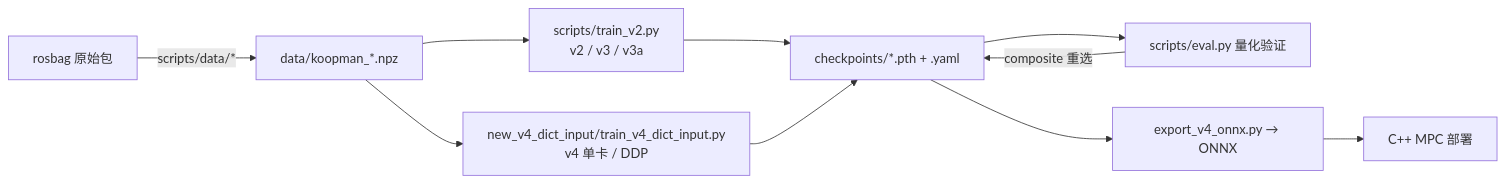
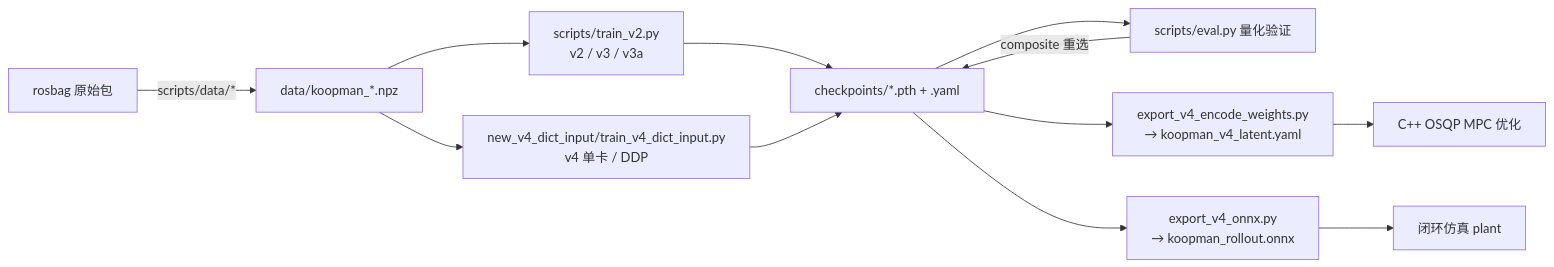
One commit to jimaka/koopman_control changed the first of 2 diagrams in docs/训练流程指南.md. Above: the diagram before and after it, drawn with Mermaid. The commit also changed other lines of this file and 1 other file, not shown here.

````diff
--- a/docs/训练流程指南.md
+++ b/docs/训练流程指南.md
@@ -9,12 +9,14 @@
 ```mermaid
 flowchart LR
     A[rosbag 原始包] -->|scripts/data/*| B[data/koopman_*.npz]
     B --> C1[scripts/train_v2.py<br/>v2 / v3 / v3a]
     B --> C2[new_v4_dict_input/train_v4_dict_input.py<br/>v4 单卡 / DDP]
     C1 --> D[checkpoints/*.pth + .yaml]
     C2 --> D
     D --> E[scripts/eval.py 量化验证]
-    D --> F[export_v4_onnx.py → ONNX]
-    F --> G[C++ MPC 部署]
+    D --> F1[export_v4_encode_weights.py<br/>→ koopman_v4_latent.yaml]
+    D --> F2[export_v4_onnx.py<br/>→ koopman_rollout.onnx]
+    F1 --> G[C++ OSQP MPC 优化]
+    F2 --> H[闭环仿真 plant]
     E -->|composite 重选| D
 ```
````
